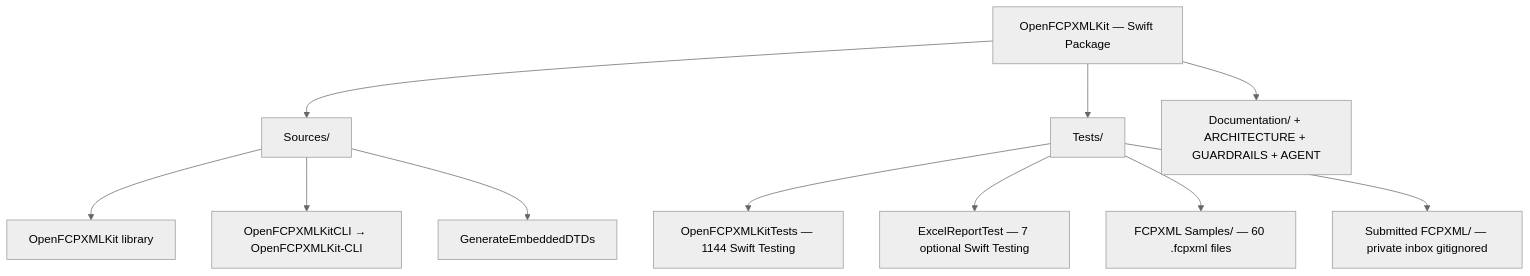
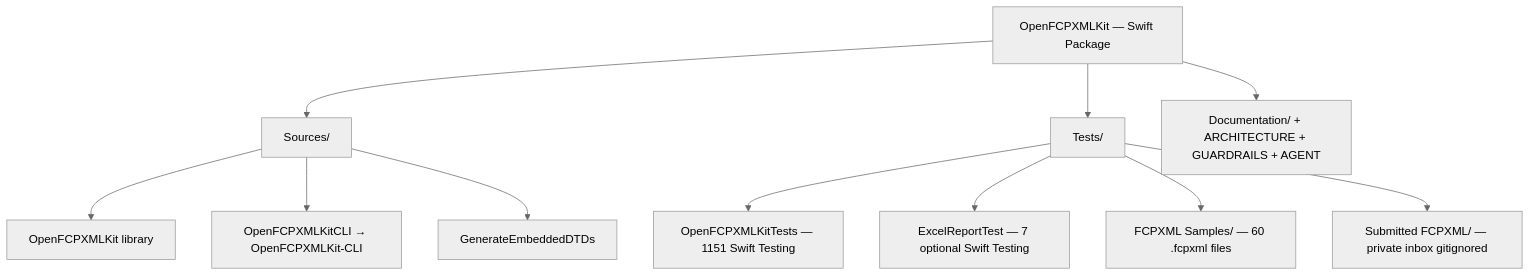
One commit to TheAcharya/OpenFCPXMLKit changed the first of 6 diagrams in ARCHITECTURE.md. Above: the diagram before and after it, drawn with Mermaid (neutral theme). The commit also changed other lines of this file and 37 other files, not shown here.

````diff
--- a/ARCHITECTURE.md
+++ b/ARCHITECTURE.md
@@ -213,17 +216,17 @@
 ```mermaid
 flowchart TB
     Pkg["OpenFCPXMLKit — Swift Package"]
 
     Pkg --> SRC["Sources/"]
     Pkg --> TST["Tests/"]
     Pkg --> DOC["Documentation/ + ARCHITECTURE + GUARDRAILS + AGENT"]
 
     SRC --> LIB["OpenFCPXMLKit library"]
     SRC --> CLI["OpenFCPXMLKitCLI → OpenFCPXMLKit-CLI"]
     SRC --> GEN["GenerateEmbeddedDTDs"]
 
-    TST --> OKT["OpenFCPXMLKitTests — 1144 Swift Testing"]
+    TST --> OKT["OpenFCPXMLKitTests — 1151 Swift Testing"]
     TST --> ERT["ExcelReportTest — 7 optional Swift Testing"]
     TST --> SMP["FCPXML Samples/ — 60 .fcpxml files"]
     TST --> SUB["Submitted FCPXML/ — private inbox gitignored"]
 ```
````
